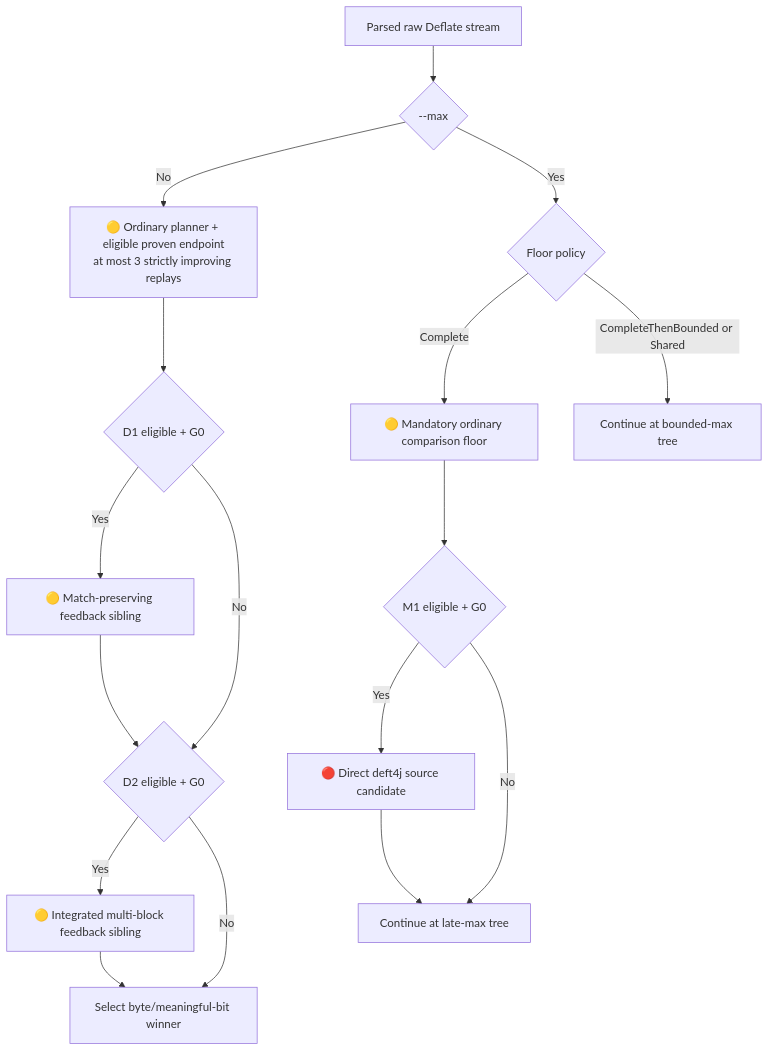
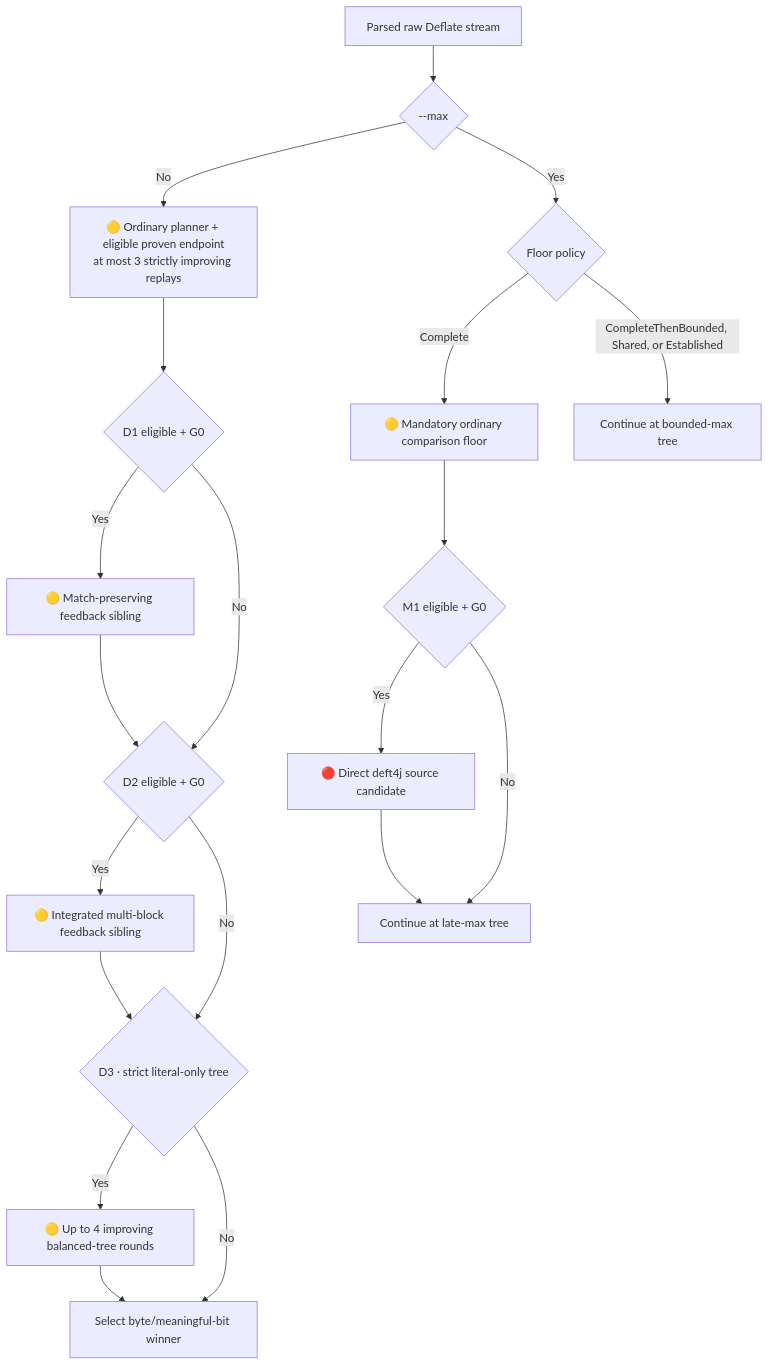
The third of 6 diagrams in docs/routes-and-methods.md (ace-dent/columbo), drawn with Mermaid before and after one commit. The commit also changed other lines of this file and 9 other files, not shown here.

````diff
--- a/docs/routes-and-methods.md
+++ b/docs/routes-and-methods.md
@@ -168,20 +177,23 @@
 ```mermaid
 flowchart TD
     RAW["Parsed raw Deflate stream"] --> MODE{"--max"}
     MODE -- "No" --> DEF["🟡 Ordinary planner + eligible proven endpoint<br/>at most 3 strictly improving replays"]
     DEF --> D1{"D1 eligible + G0"}
     D1 -- "Yes" --> D1RUN["🟡 Match-preserving feedback sibling"]
     D1 -- "No" --> D2
     D1RUN --> D2{"D2 eligible + G0"}
     D2 -- "Yes" --> D2RUN["🟡 Integrated multi-block feedback sibling"]
-    D2 -- "No" --> PICK
-    D2RUN --> PICK["Select byte/meaningful-bit winner"]
+    D2 -- "No" --> D3
+    D2RUN --> D3{"D3 · strict literal-only tree"}
+    D3 -- "Yes" --> D3RUN["🟡 Up to 4 improving balanced-tree rounds"]
+    D3 -- "No" --> PICK
+    D3RUN --> PICK["Select byte/meaningful-bit winner"]
 
     MODE -- "Yes" --> POLICY{"Floor policy"}
     POLICY -- "Complete" --> CFLOOR["🟡 Mandatory ordinary comparison floor"]
     CFLOOR --> CM1{"M1 eligible + G0"}
     CM1 -- "Yes" --> CDEFT["🔴 Direct deft4j source candidate"]
     CM1 -- "No" --> LATE["Continue at late-max tree"]
     CDEFT --> LATE
-    POLICY -- "CompleteThenBounded or Shared" --> BOUNDED["Continue at bounded-max tree"]
+    POLICY -- "CompleteThenBounded, Shared, or Established" --> BOUNDED["Continue at bounded-max tree"]
 ```
````
